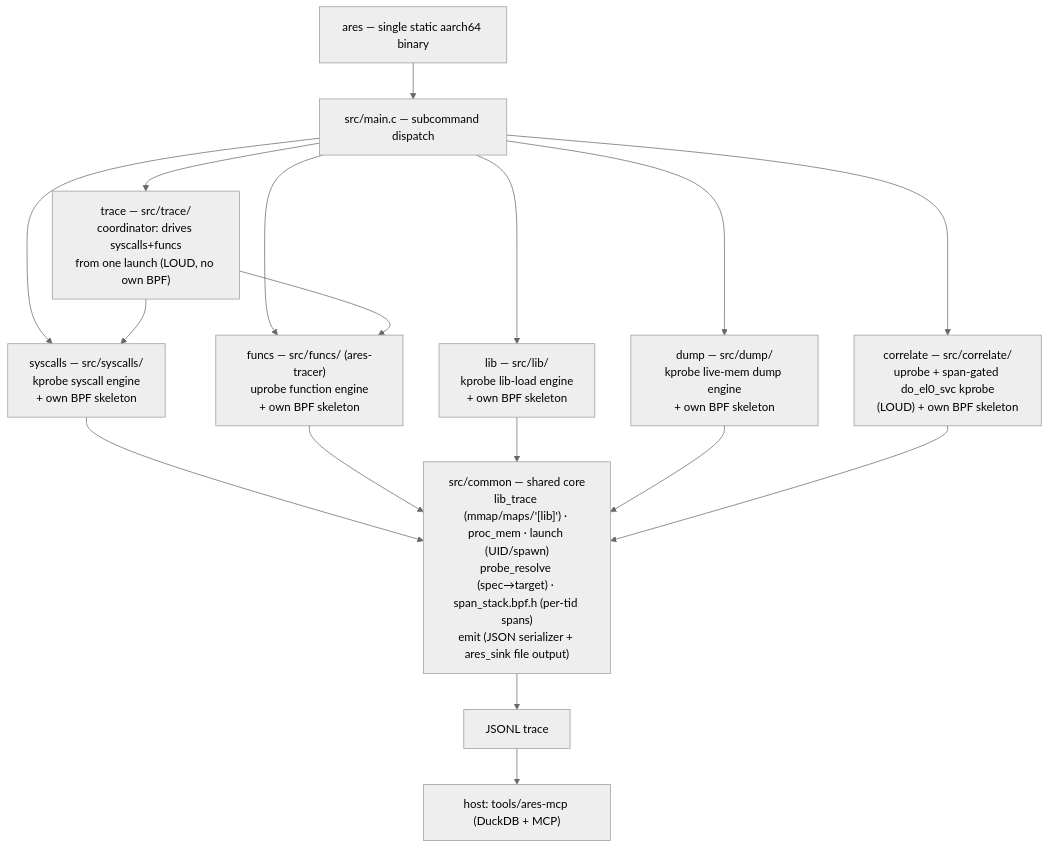
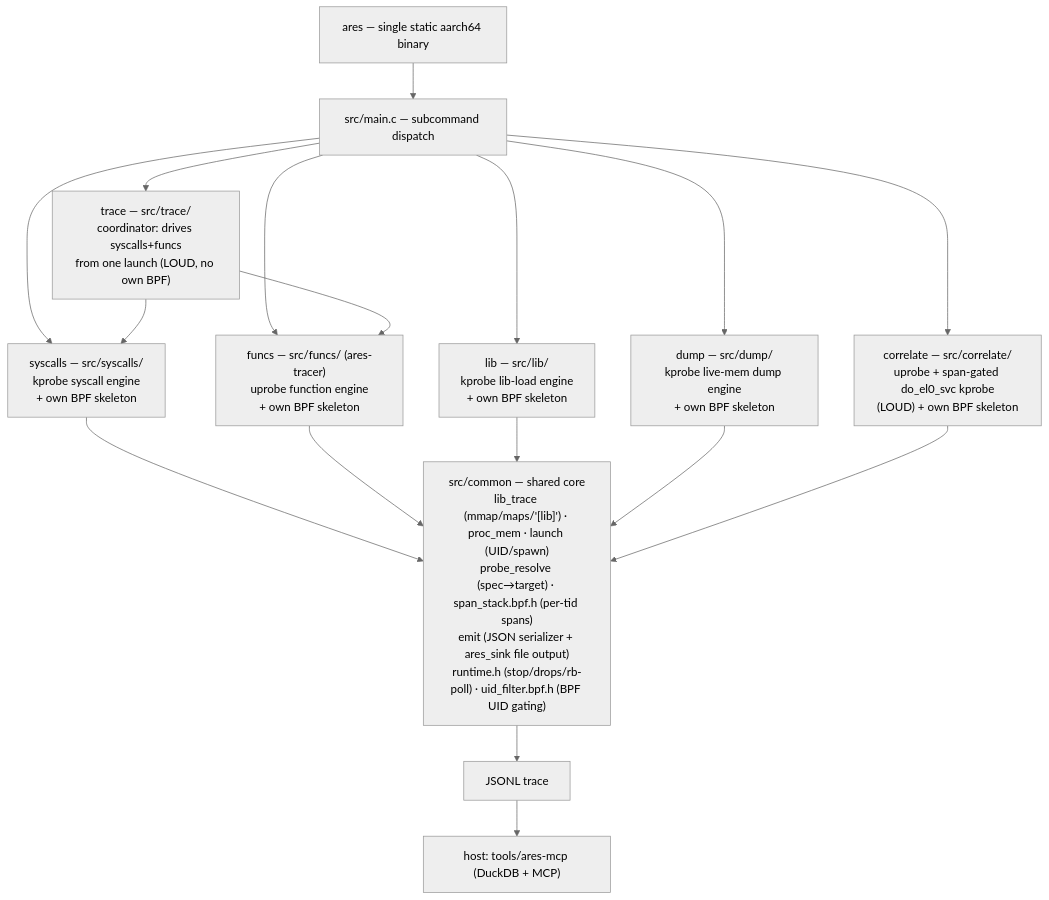
One commit to michaelaurelio/Anubee changed the diagram in DOCUMENTATION.md. Above: the diagram before and after it, drawn with Mermaid (neutral theme). The commit also changed other lines of this file and 1 other file, not shown here.

````diff
--- a/DOCUMENTATION.md
+++ b/DOCUMENTATION.md
@@ -17,31 +17,31 @@
 ```mermaid
 flowchart TD
     ares["ares — single static aarch64 binary"]
     main["src/main.c — subcommand dispatch"]
     syscalls["syscalls — src/syscalls/<br/>kprobe syscall engine<br/>+ own BPF skeleton"]
     funcs["funcs — src/funcs/ (ares-tracer)<br/>uprobe function engine<br/>+ own BPF skeleton"]
     lib["lib — src/lib/<br/>kprobe lib-load engine<br/>+ own BPF skeleton"]
     dump["dump — src/dump/<br/>kprobe live-mem dump engine<br/>+ own BPF skeleton"]
     correlate["correlate — src/correlate/<br/>uprobe + span-gated do_el0_svc kprobe<br/>(LOUD) + own BPF skeleton"]
     tracecmd["trace — src/trace/<br/>coordinator: drives syscalls+funcs<br/>from one launch (LOUD, no own BPF)"]
-    common["src/common — shared core<br/>lib_trace (mmap/maps/'[lib]') · proc_mem · launch (UID/spawn)<br/>probe_resolve (spec→target) · span_stack.bpf.h (per-tid spans)<br/>emit (JSON serializer + ares_sink file output)"]
+    common["src/common — shared core<br/>lib_trace (mmap/maps/'[lib]') · proc_mem · launch (UID/spawn)<br/>probe_resolve (spec→target) · span_stack.bpf.h (per-tid spans)<br/>emit (JSON serializer + ares_sink file output)<br/>runtime.h (stop/drops/rb-poll) · uid_filter.bpf.h (BPF UID gating)"]
     trace["JSONL trace"]
     mcp["host: tools/ares-mcp (DuckDB + MCP)"]
 
     ares --> main
     main --> syscalls
     main --> funcs
     main --> lib
     main --> dump
     main --> correlate
     main --> tracecmd
     tracecmd --> syscalls
     tracecmd --> funcs
     syscalls --> common
     funcs --> common
     lib --> common
     dump --> common
     correlate --> common
     common --> trace
     trace --> mcp
 ```
````
